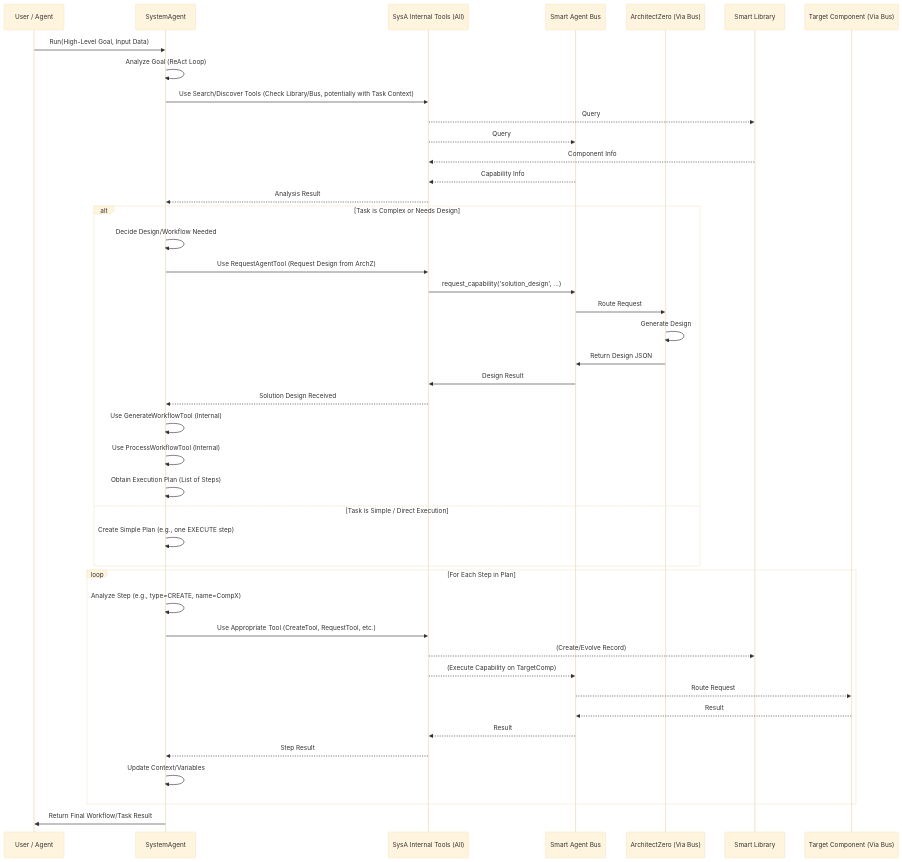
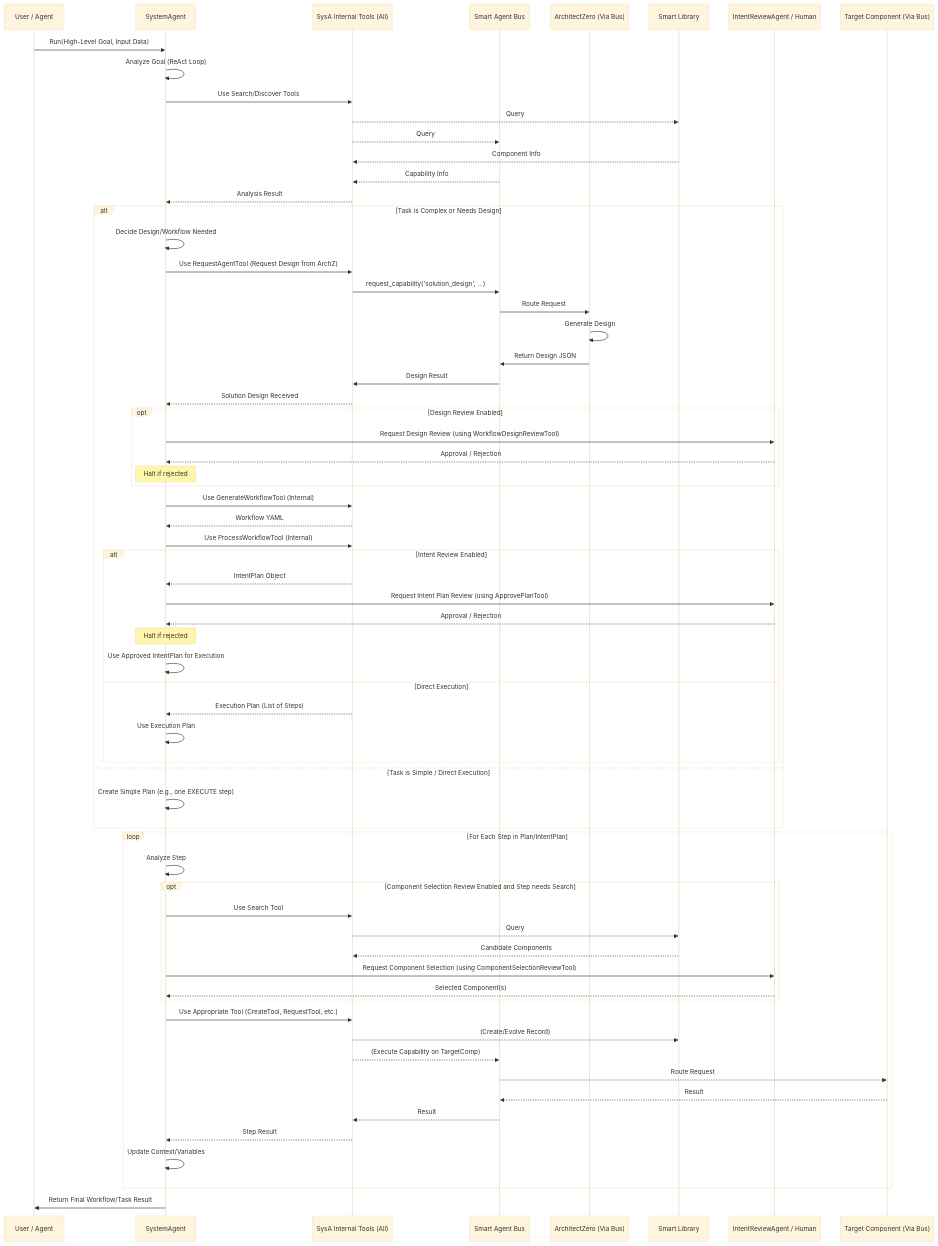
The seventh of 9 diagrams in docs/ARCHITECTURE.md (matiasmolinas/evolving-agents), drawn with Mermaid (base theme) before and after one commit. The commit also changed other lines of this file and 1 other file, not shown here.

````diff
--- a/docs/ARCHITECTURE.md
+++ b/docs/ARCHITECTURE.md
@@ -278,51 +304,78 @@
 ```mermaid
 sequenceDiagram
     participant Caller as User / Agent
     participant SysA as SystemAgent
     participant InternalTools as SysA Internal Tools (All)
     participant AgentBus as Smart Agent Bus
     participant ArchZ as ArchitectZero (Via Bus)
     participant Library as Smart Library
+    participant Reviewer as IntentReviewAgent / Human
     participant TargetComp as Target Component (Via Bus)
 
     Caller->>SysA: Run(High-Level Goal, Input Data)
 
     SysA->>SysA: Analyze Goal (ReAct Loop)
-    SysA->>InternalTools: Use Search/Discover Tools (Check Library/Bus, potentially with Task Context)
+    SysA->>InternalTools: Use Search/Discover Tools
     InternalTools-->>Library: Query
     InternalTools-->>AgentBus: Query
     Library-->>InternalTools: Component Info
     AgentBus-->>InternalTools: Capability Info
     InternalTools-->>SysA: Analysis Result
 
     alt Task is Complex or Needs Design
         SysA->>SysA: Decide Design/Workflow Needed
         SysA->>InternalTools: Use RequestAgentTool (Request Design from ArchZ)
         InternalTools->>AgentBus: request_capability('solution_design', ...)
         AgentBus->>ArchZ: Route Request
         ArchZ->>ArchZ: Generate Design
         ArchZ->>AgentBus: Return Design JSON
         AgentBus->>InternalTools: Design Result
         InternalTools-->>SysA: Solution Design Received
 
-        SysA->>SysA: Use GenerateWorkflowTool (Internal)
-        SysA->>SysA: Use ProcessWorkflowTool (Internal)
-        SysA->>SysA: Obtain Execution Plan (List of Steps)
+        opt Design Review Enabled
+             SysA->>Reviewer: Request Design Review (using WorkflowDesignReviewTool)
+             Reviewer-->>SysA: Approval / Rejection
+             Note over SysA: Halt if rejected
+        end
+
+        SysA->>InternalTools: Use GenerateWorkflowTool (Internal)
+        InternalTools-->>SysA: Workflow YAML
+
+        SysA->>InternalTools: Use ProcessWorkflowTool (Internal)
+        alt Intent Review Enabled
+             InternalTools-->>SysA: IntentPlan Object
+             SysA->>Reviewer: Request Intent Plan Review (using ApprovePlanTool)
+             Reviewer-->>SysA: Approval / Rejection
+             Note over SysA: Halt if rejected
+             SysA->>SysA: Use Approved IntentPlan for Execution
+        else Direct Execution
+             InternalTools-->>SysA: Execution Plan (List of Steps)
+             SysA->>SysA: Use Execution Plan
+        end
+
     else Task is Simple / Direct Execution
         SysA->>SysA: Create Simple Plan (e.g., one EXECUTE step)
     end
 
-    loop For Each Step in Plan
-        SysA->>SysA: Analyze Step (e.g., type=CREATE, name=CompX)
+    loop For Each Step in Plan/IntentPlan
+        SysA->>SysA: Analyze Step
+        opt Component Selection Review Enabled and Step needs Search
+             SysA->>InternalTools: Use Search Tool
+             InternalTools-->>Library: Query
+             Library-->>InternalTools: Candidate Components
+             SysA->>Reviewer: Request Component Selection (using ComponentSelectionReviewTool)
+             Reviewer-->>SysA: Selected Component(s)
+        end
+
         SysA->>InternalTools: Use Appropriate Tool (CreateTool, RequestTool, etc.)
         InternalTools-->>Library: (Create/Evolve Record)
         InternalTools-->>AgentBus: (Execute Capability on TargetComp)
         AgentBus-->>TargetComp: Route Request
         TargetComp-->>AgentBus: Result
         AgentBus-->>InternalTools: Result
         InternalTools-->>SysA: Step Result
         SysA->>SysA: Update Context/Variables
     end
 
     SysA->>Caller: Return Final Workflow/Task Result
 ```
````
